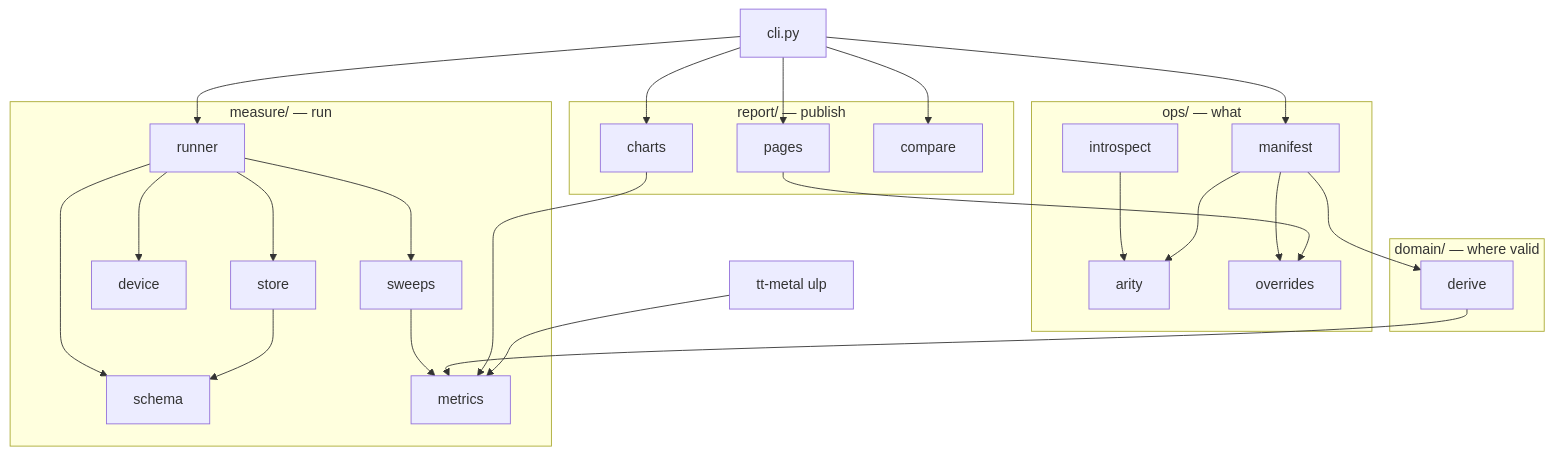
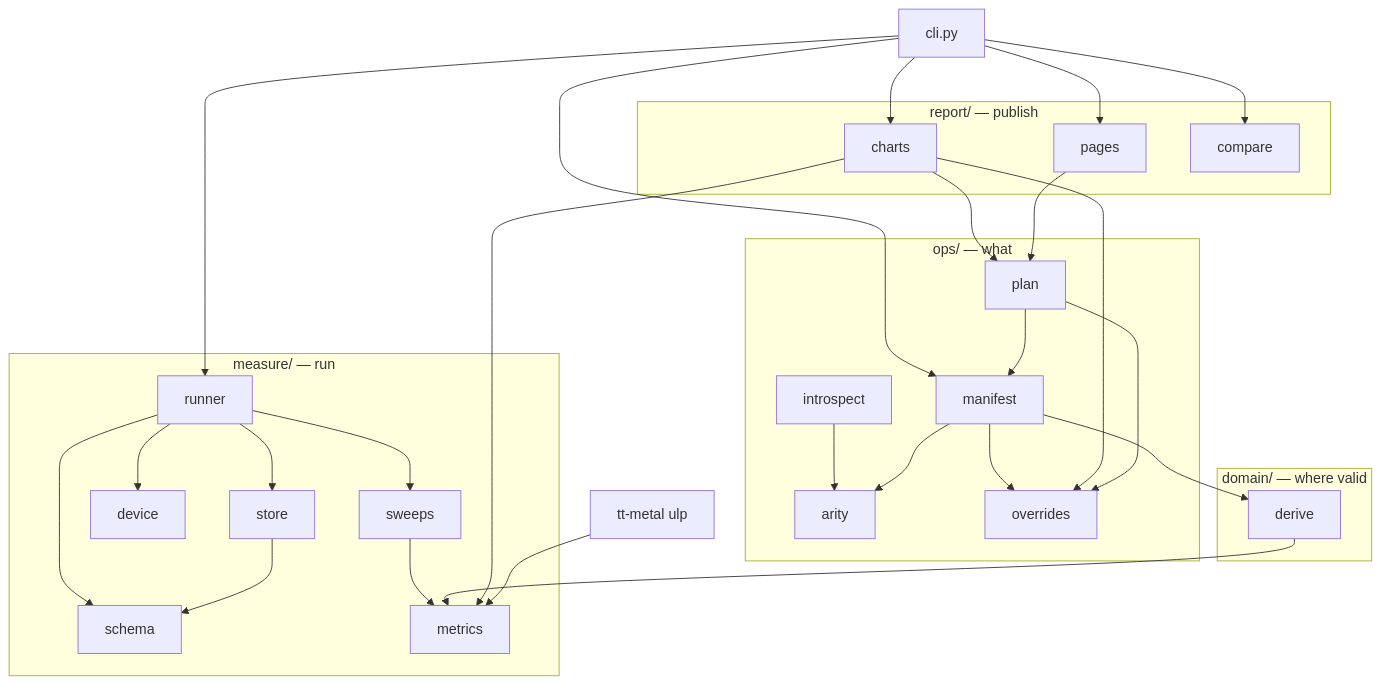
The third of 4 diagrams in docs/architecture.md (tenstorrent/tt-eltwise-accuracy-report), drawn with Mermaid before and after one commit. The commit also changed other lines of this file and 3 other files, not shown here.

````diff
--- a/docs/architecture.md
+++ b/docs/architecture.md
@@ -84,39 +84,41 @@
 ```mermaid
 flowchart TB
     CLI["cli.py"]
 
     subgraph ops["ops/ — what"]
         INT["introspect"] --> ARI["arity"]
         MAN["manifest"]
+        PLN["plan"]
         OVR["overrides"]
     end
 
     subgraph dom["domain/ — where valid"]
         DER["derive"]
     end
 
     subgraph meas["measure/ — run"]
         SCH["schema"]
         MET["metrics"]
         SWP["sweeps"]
         DEV["device"]
         STO["store"]
         RUN["runner"]
     end
 
     subgraph rep["report/ — publish"]
         CHT["charts"]
         PAG["pages"]
         CMP["compare"]
     end
 
     CLI --> MAN & RUN & CHT & PAG & CMP
     MAN --> ARI & DER & OVR
     RUN --> DEV & SWP & STO & SCH
     SWP --> MET
     STO --> SCH
     DER --> MET
-    CHT --> MET
-    PAG --> OVR
+    CHT --> MET & PLN & OVR
+    PAG --> PLN
+    PLN --> MAN & OVR
     TTM["tt-metal ulp"] --> MET
 ```
````
